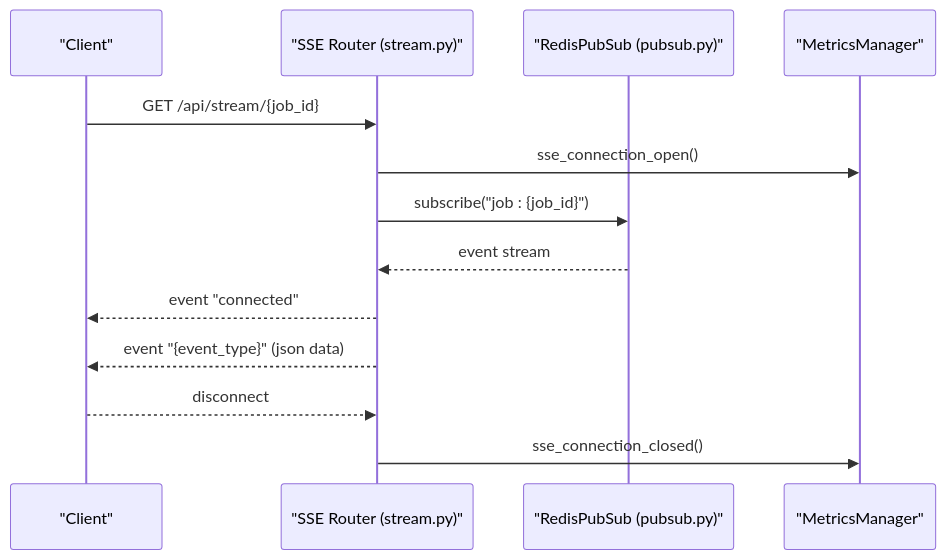
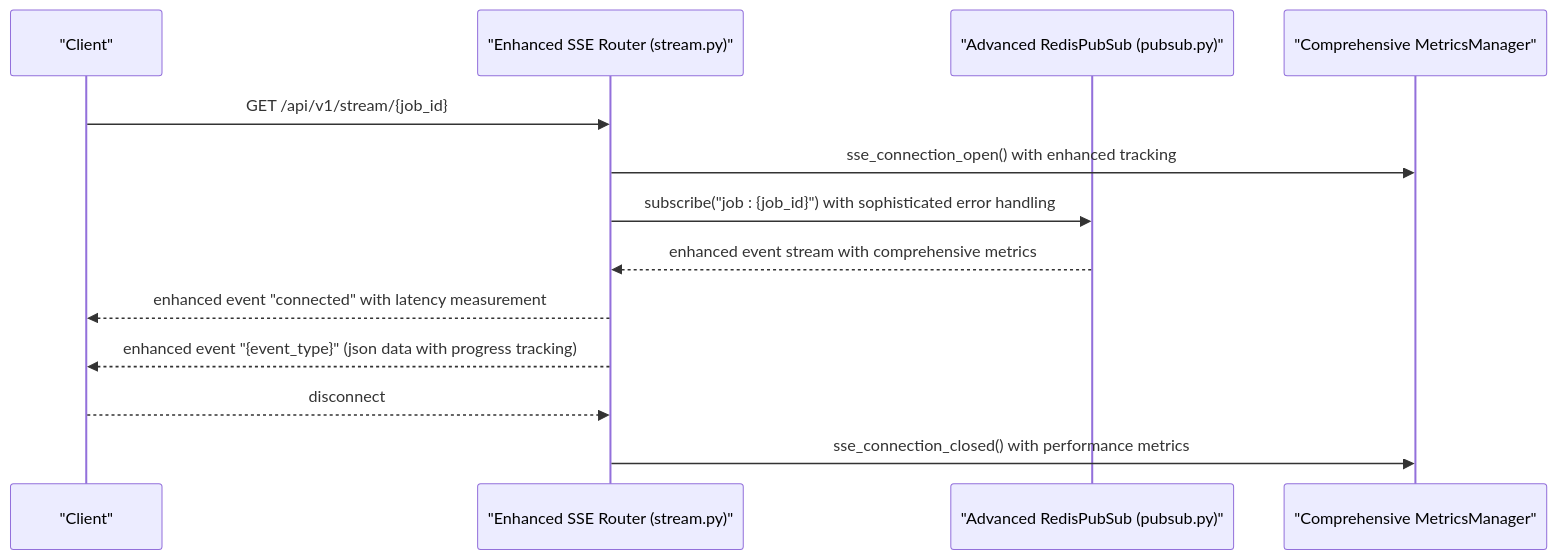
One commit to rohitkumarnaidu/-Auto-AI-Automated-Academic-Docx-Manuscript-Formatter changed the fifth of 9 diagrams in .qoder/repowiki/en/content/Backend Development/Real-time Communication.md. Above: the diagram before and after it, drawn with Mermaid. The commit also changed other lines of this file and 6 other files, not shown here.

````diff
--- a/.qoder/repowiki/en/content/Backend Development/Real-time Communication.md
+++ b/.qoder/repowiki/en/content/Backend Development/Real-time Communication.md
@@ -206,15 +220,15 @@
 ```mermaid
 sequenceDiagram
 participant Client as "Client"
-participant Router as "SSE Router (stream.py)"
-participant PS as "RedisPubSub (pubsub.py)"
-participant Metrics as "MetricsManager"
-Client->>Router : GET /api/stream/{job_id}
-Router->>Metrics : sse_connection_open()
-Router->>PS : subscribe("job : {job_id}")
-PS-->>Router : event stream
-Router-->>Client : event "connected"
-Router-->>Client : event "{event_type}" (json data)
+participant Router as "Enhanced SSE Router (stream.py)"
+participant PS as "Advanced RedisPubSub (pubsub.py)"
+participant Metrics as "Comprehensive MetricsManager"
+Client->>Router : GET /api/v1/stream/{job_id}
+Router->>Metrics : sse_connection_open() with enhanced tracking
+Router->>PS : subscribe("job : {job_id}") with sophisticated error handling
+PS-->>Router : enhanced event stream with comprehensive metrics
+Router-->>Client : enhanced event "connected" with latency measurement
+Router-->>Client : enhanced event "{event_type}" (json data with progress tracking)
 Client-->>Router : disconnect
-Router->>Metrics : sse_connection_closed()
+Router->>Metrics : sse_connection_closed() with performance metrics
 ```
````
